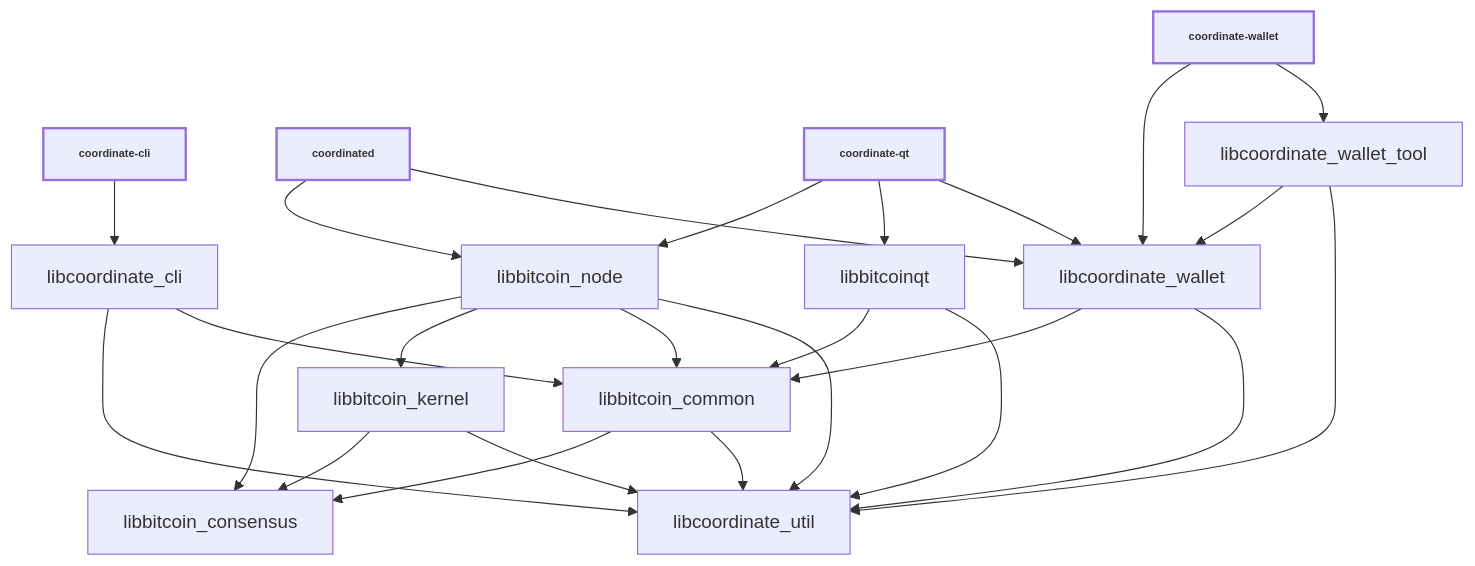
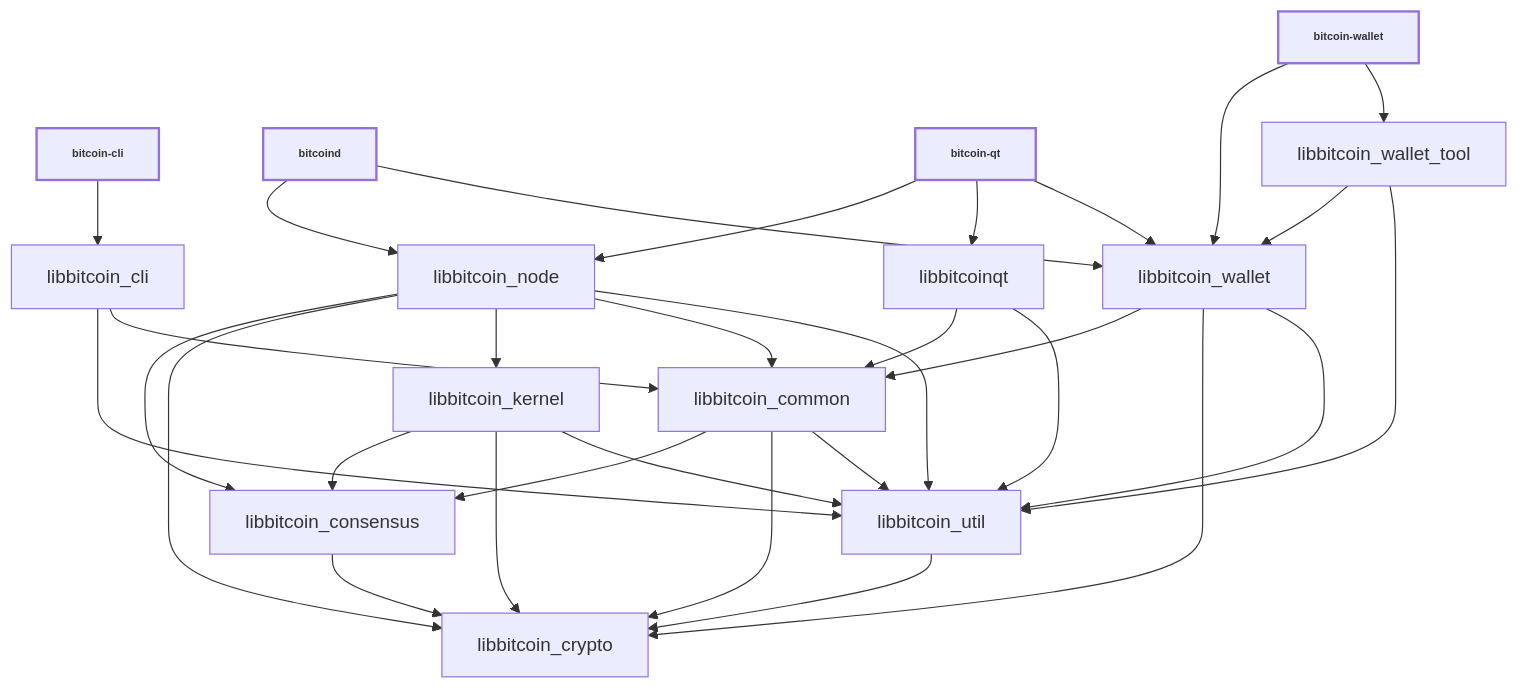
The diagram in doc/design/libraries.md (AnduroProject/coordinate), drawn with Mermaid before and after one commit. The commit also changed other lines of this file and 2442 other files, not shown here.

````diff
--- a/doc/design/libraries.md
+++ b/doc/design/libraries.md
@@ -36,44 +36,52 @@
 ```mermaid
 
 %%{ init : { "flowchart" : { "curve" : "basis" }}}%%
 
 graph TD;
 
-coordinate-cli[coordinate-cli]-->libcoordinate_cli;
+bitcoin-cli[bitcoin-cli]-->libbitcoin_cli;
 
-coordinated[coordinated]-->libbitcoin_node;
-coordinated[coordinated]-->libcoordinate_wallet;
+bitcoind[bitcoind]-->libbitcoin_node;
+bitcoind[bitcoind]-->libbitcoin_wallet;
 
-coordinate-qt[coordinate-qt]-->libbitcoin_node;
-coordinate-qt[coordinate-qt]-->libbitcoinqt;
-coordinate-qt[coordinate-qt]-->libcoordinate_wallet;
+bitcoin-qt[bitcoin-qt]-->libbitcoin_node;
+bitcoin-qt[bitcoin-qt]-->libbitcoinqt;
+bitcoin-qt[bitcoin-qt]-->libbitcoin_wallet;
 
-coordinate-wallet[coordinate-wallet]-->libcoordinate_wallet;
-coordinate-wallet[coordinate-wallet]-->libcoordinate_wallet_tool;
+bitcoin-wallet[bitcoin-wallet]-->libbitcoin_wallet;
+bitcoin-wallet[bitcoin-wallet]-->libbitcoin_wallet_tool;
 
-libcoordinate_cli-->libcoordinate_util;
-libcoordinate_cli-->libbitcoin_common;
+libbitcoin_cli-->libbitcoin_util;
+libbitcoin_cli-->libbitcoin_common;
+
+libbitcoin_consensus-->libbitcoin_crypto;
 
 libbitcoin_common-->libbitcoin_consensus;
-libbitcoin_common-->libcoordinate_util;
+libbitcoin_common-->libbitcoin_crypto;
+libbitcoin_common-->libbitcoin_util;
 
 libbitcoin_kernel-->libbitcoin_consensus;
-libbitcoin_kernel-->libcoordinate_util;
+libbitcoin_kernel-->libbitcoin_crypto;
+libbitcoin_kernel-->libbitcoin_util;
 
 libbitcoin_node-->libbitcoin_consensus;
+libbitcoin_node-->libbitcoin_crypto;
 libbitcoin_node-->libbitcoin_kernel;
 libbitcoin_node-->libbitcoin_common;
-libbitcoin_node-->libcoordinate_util;
+libbitcoin_node-->libbitcoin_util;
 
 libbitcoinqt-->libbitcoin_common;
-libbitcoinqt-->libcoordinate_util;
+libbitcoinqt-->libbitcoin_util;
 
-libcoordinate_wallet-->libbitcoin_common;
-libcoordinate_wallet-->libcoordinate_util;
+libbitcoin_util-->libbitcoin_crypto;
 
-libcoordinate_wallet_tool-->libcoordinate_wallet;
-libcoordinate_wallet_tool-->libcoordinate_util;
+libbitcoin_wallet-->libbitcoin_common;
+libbitcoin_wallet-->libbitcoin_crypto;
+libbitcoin_wallet-->libbitcoin_util;
+
+libbitcoin_wallet_tool-->libbitcoin_wallet;
+libbitcoin_wallet_tool-->libbitcoin_util;
 
 classDef bold stroke-width:2px, font-weight:bold, font-size: smaller;
-class coordinate-qt,coordinated,coordinate-cli,coordinate-wallet bold
+class bitcoin-qt,bitcoind,bitcoin-cli,bitcoin-wallet bold
 ```
````
